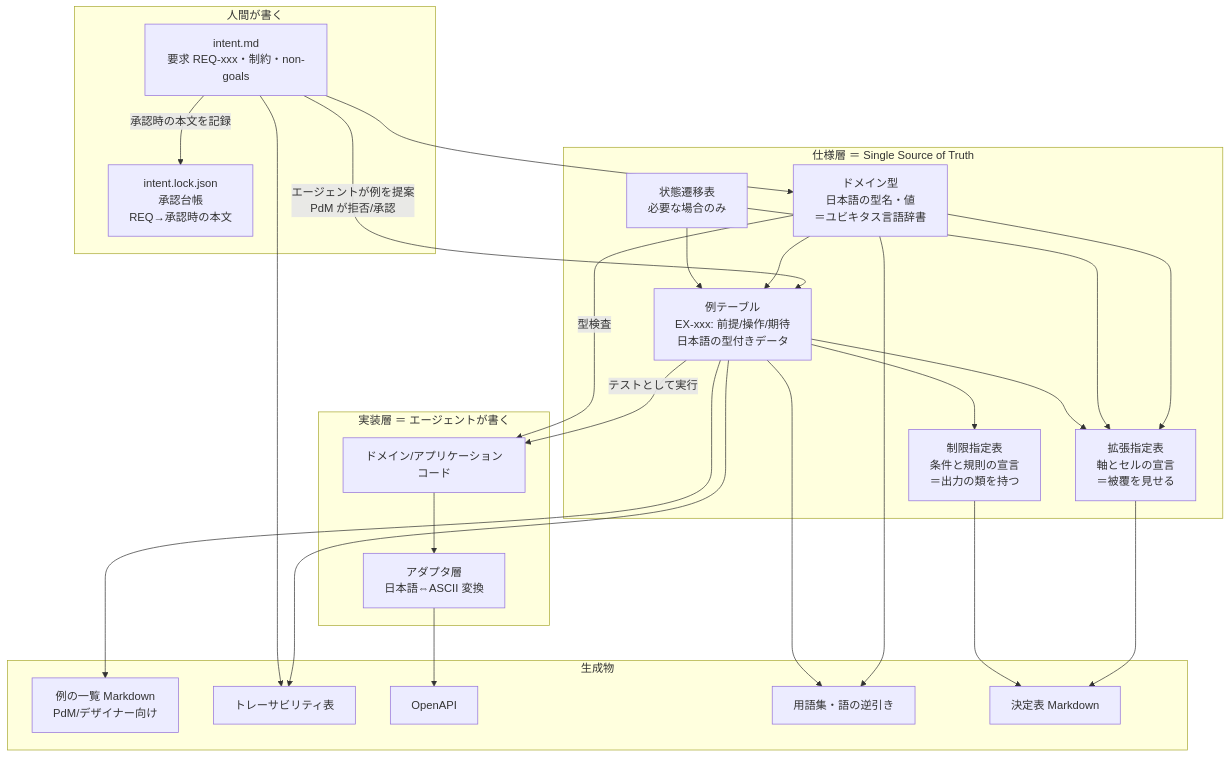
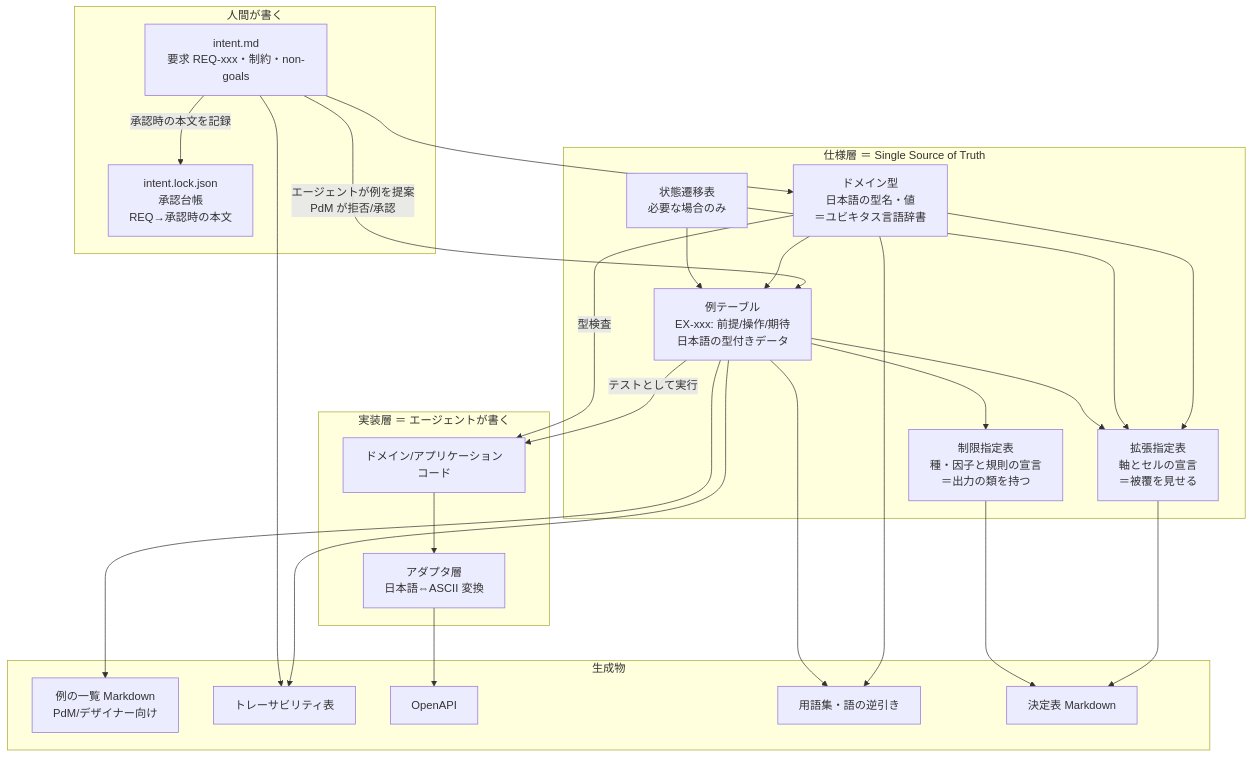
One commit to kuchita-el/claude-shared-skills changed the first of 3 diagrams in docs/development/spec-as-code/design.md. Above: the diagram before and after it, drawn with Mermaid. The commit also changed other lines of this file, not shown here.

````diff
--- a/docs/development/spec-as-code/design.md
+++ b/docs/development/spec-as-code/design.md
@@ -36,45 +36,45 @@
 ```mermaid
 flowchart TD
     subgraph human["人間が書く"]
         I["intent.md<br/>要求 REQ-xxx・制約・non-goals"]
         L["intent.lock.json<br/>承認台帳<br/>REQ→承認時の本文"]
     end
     subgraph spec["仕様層 ＝ Single Source of Truth"]
         T["ドメイン型<br/>日本語の型名・値<br/>＝ユビキタス言語辞書"]
         E["例テーブル<br/>EX-xxx: 前提/操作/期待<br/>日本語の型付きデータ"]
         S["状態遷移表<br/>必要な場合のみ"]
-        G["制限指定表<br/>条件と規則の宣言<br/>＝出力の類を持つ"]
+        G["制限指定表<br/>種・因子と規則の宣言<br/>＝出力の類を持つ"]
         X["拡張指定表<br/>軸とセルの宣言<br/>＝被覆を見せる"]
     end
     subgraph impl["実装層 ＝ エージェントが書く"]
         C["ドメイン/アプリケーションコード"]
         AD["アダプタ層<br/>日本語⇔ASCII 変換"]
     end
     subgraph generated["生成物"]
         D1["例の一覧 Markdown<br/>PdM/デザイナー向け"]
         D2["トレーサビリティ表"]
         D3["OpenAPI"]
         D4["用語集・語の逆引き"]
         D5["決定表 Markdown"]
     end
     I -->|"エージェントが例を提案<br/>PdM が拒否/承認"| E
     I --> T
     I -->|"承認時の本文を記録"| L
     T --> E
     S --> E
     T --> X
     S --> X
     E --> X
     E --> G
     E -->|"テストとして実行"| C
     T -->|"型検査"| C
     C --> AD
     E --> D1
     X --> D5
     G --> D5
     T --> D4
     E --> D4
     E --> D2
     I --> D2
     AD --> D3
 ```
````
